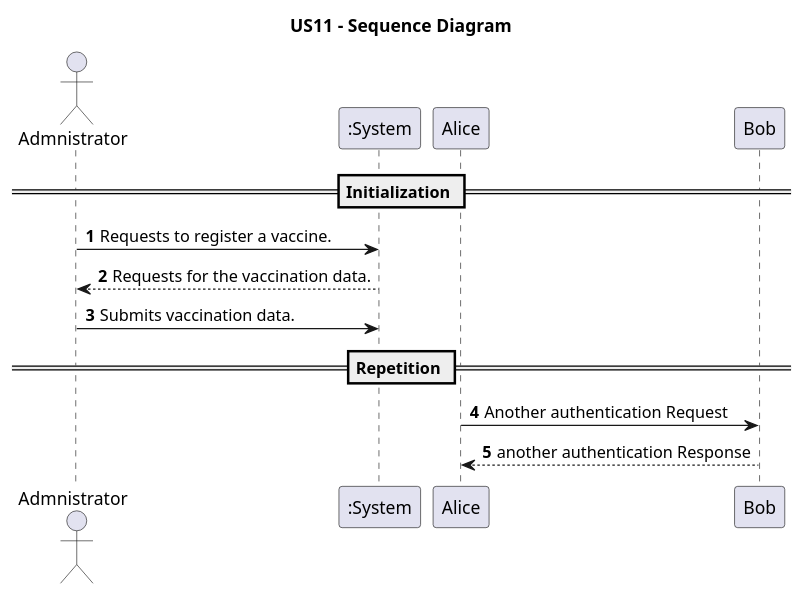
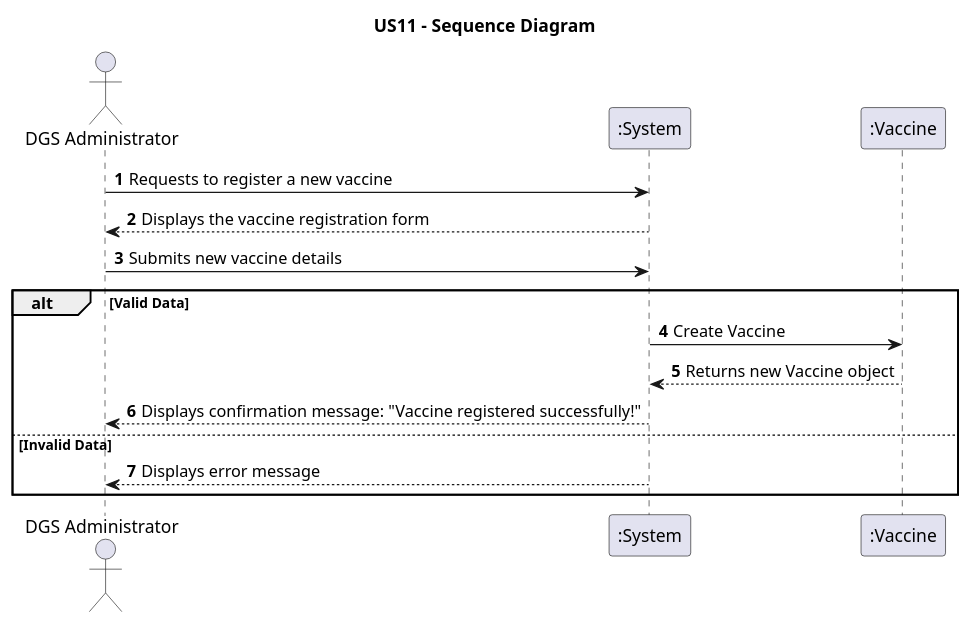
Before and after one commit to pedroguilherme-web/leti-esoft-25-26-A1: the diagram in docs/system-documentation/US11/puml/US11-SD.puml, drawn with PlantUML. The commit also changed 2 other files, not shown here.

```diff
--- a/docs/system-documentation/US11/puml/US11-SD.puml
+++ b/docs/system-documentation/US11/puml/US11-SD.puml
@@ -1,22 +1,26 @@
 @startuml
 'https://plantuml.com/sequence-diagram
 
 title   US11 - Sequence Diagram
-
 autonumber
 
-actor "Admnistrator" as Admin
+actor "DGS Administrator" as Admin
 participant ":System" as System
+participant ":Vaccine" as Vaccine
 
-== Initialization ==
+Admin -> System: Requests to register a new vaccine
+System --> Admin: Displays the vaccine registration form
 
-Admin -> System: Requests to register a vaccine.
-System --> Admin: Requests for the vaccination data.
+Admin -> System: Submits new vaccine details
 
-Admin -> System: Submits vaccination data.
 
-== Repetition ==
+alt Valid Data
+    System -> Vaccine: Create Vaccine
+    Vaccine --> System: Returns new Vaccine object
 
-Alice -> Bob: Another authentication Request
-Alice <-- Bob: another authentication Response
+    System --> Admin: Displays confirmation message: "Vaccine registered successfully!"
+else Invalid Data
+    System --> Admin: Displays error message
+end
+
 @enduml
```
